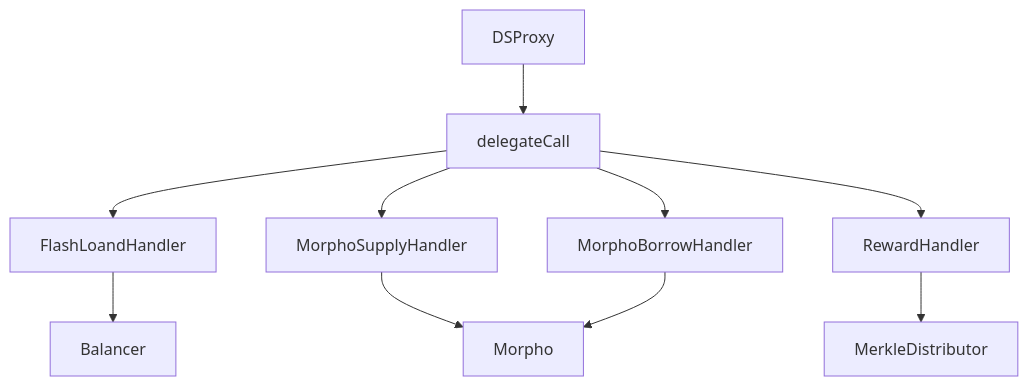
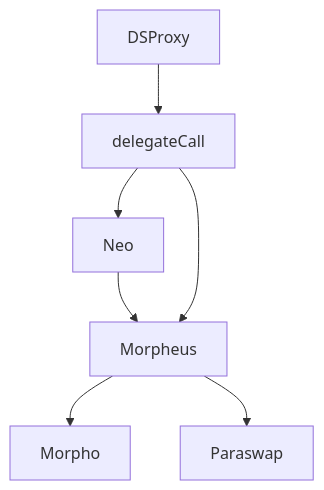
One commit to Morphous-xyz/morphous changed the diagram in README.md. Above: the diagram before and after it, drawn with Mermaid. The commit also changed other lines of this file, not shown here.

````diff
--- a/README.md
+++ b/README.md
@@ -10,12 +10,9 @@
 ```mermaid
 graph TD
 	DSProxy --> delegateCall
-	delegateCall --> FlashLoandHandler
-	FlashLoandHandler --> Balancer
-    delegateCall --> MorphoSupplyHandler
-    MorphoSupplyHandler --> Morpho
-    delegateCall --> MorphoBorrowHandler
-    MorphoBorrowHandler --> Morpho
-    delegateCall --> RewardHandler
-    RewardHandler --> MerkleDistributor
+	delegateCall --> Neo
+	Neo --> Morpheus
+	delegateCall --> Morpheus
+    Morpheus --> Morpho
+    Morpheus --> Paraswap
 ```
````
